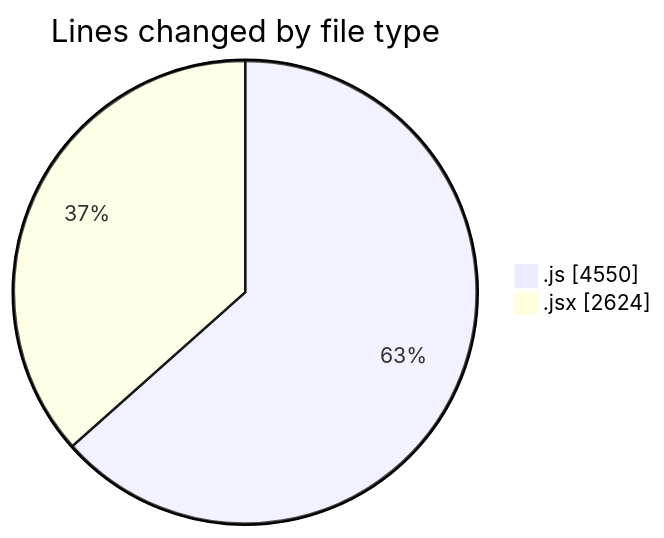
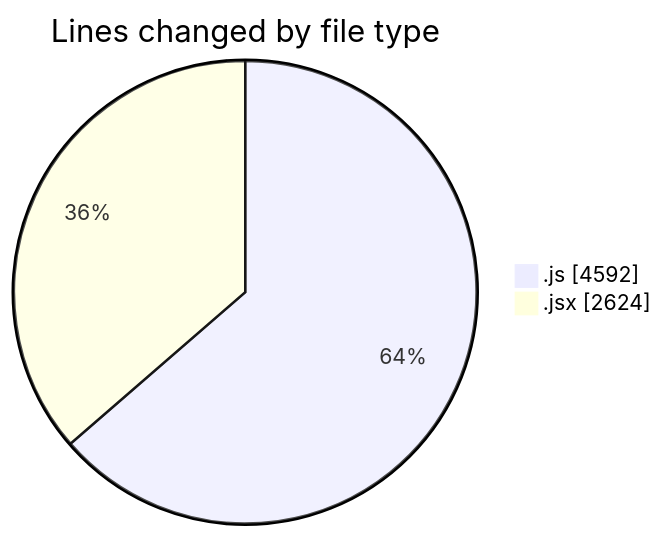
The first of 2 diagrams in 2025-08-13/nxtqube_webapp/README.md (nxtqubesakshisongat/code-tracking), drawn with Mermaid before and after one commit. The commit also changed other lines of this file and 1 other file, not shown here.

````diff
--- a/2025-08-13/nxtqube_webapp/README.md
+++ b/2025-08-13/nxtqube_webapp/README.md
@@ -26,6 +26,6 @@
 ```mermaid
 pie showData
 title Lines changed by file type
-".js" : 4550
+".js" : 4592
 ".jsx" : 2624
 ```
````
